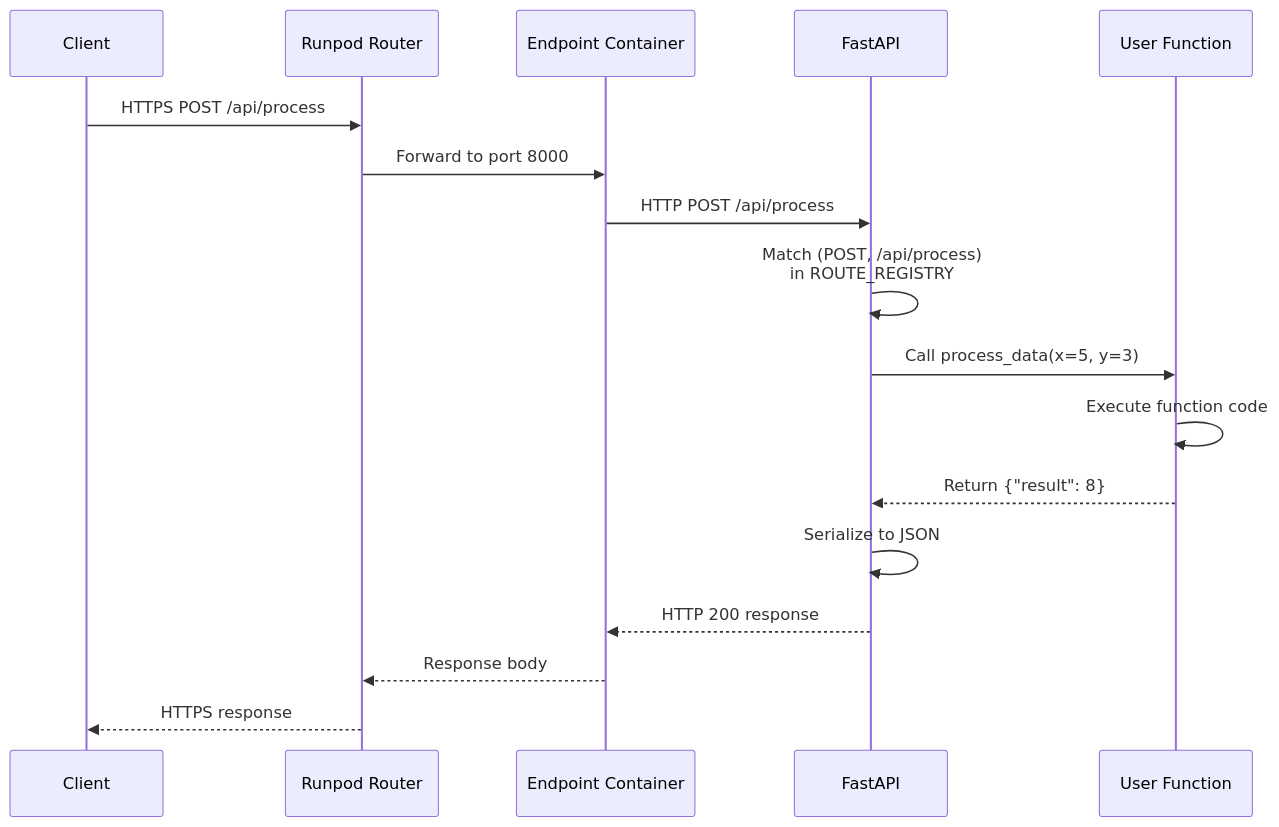
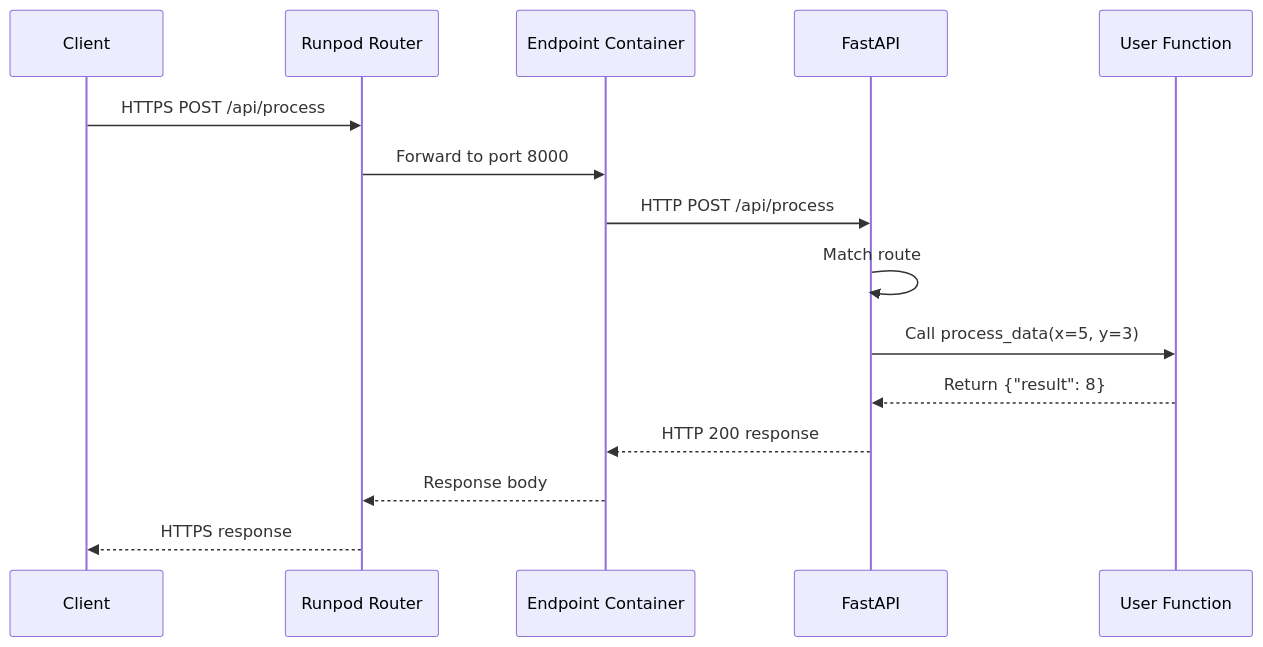
The second of 2 diagrams in docs/LoadBalancer_Runtime_Architecture.md (runpod/flash), drawn with Mermaid before and after one commit. The commit also changed other lines of this file and 51 other files, not shown here.

````diff
--- a/docs/LoadBalancer_Runtime_Architecture.md
+++ b/docs/LoadBalancer_Runtime_Architecture.md
@@ -90,20 +56,18 @@
 ```mermaid
 sequenceDiagram
     participant Client
     participant Runpod as Runpod Router
     participant Container as Endpoint Container
     participant FastAPI
     participant UserFunc as User Function
 
     Client->>Runpod: HTTPS POST /api/process
     Runpod->>Container: Forward to port 8000
     Container->>FastAPI: HTTP POST /api/process
-    FastAPI->>FastAPI: Match (POST, /api/process)<br/>in ROUTE_REGISTRY
+    FastAPI->>FastAPI: Match route
     FastAPI->>UserFunc: Call process_data(x=5, y=3)
-    UserFunc->>UserFunc: Execute function code
     UserFunc-->>FastAPI: Return {"result": 8}
-    FastAPI->>FastAPI: Serialize to JSON
     FastAPI-->>Container: HTTP 200 response
     Container-->>Runpod: Response body
     Runpod-->>Client: HTTPS response
 ```
````
